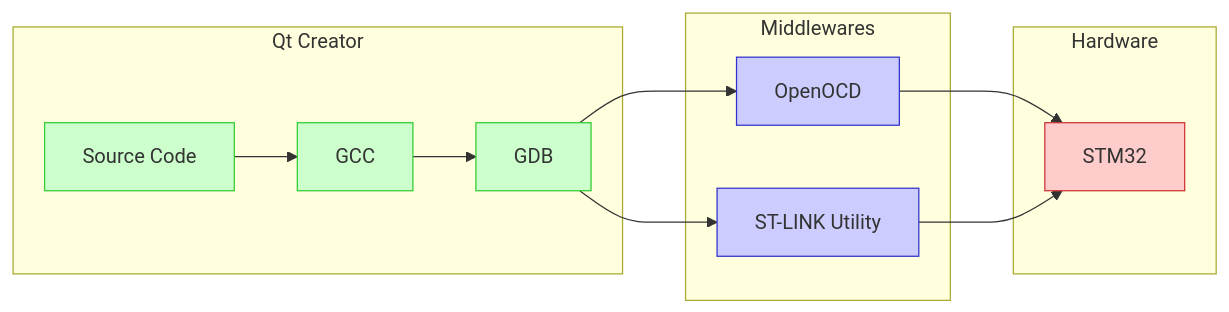
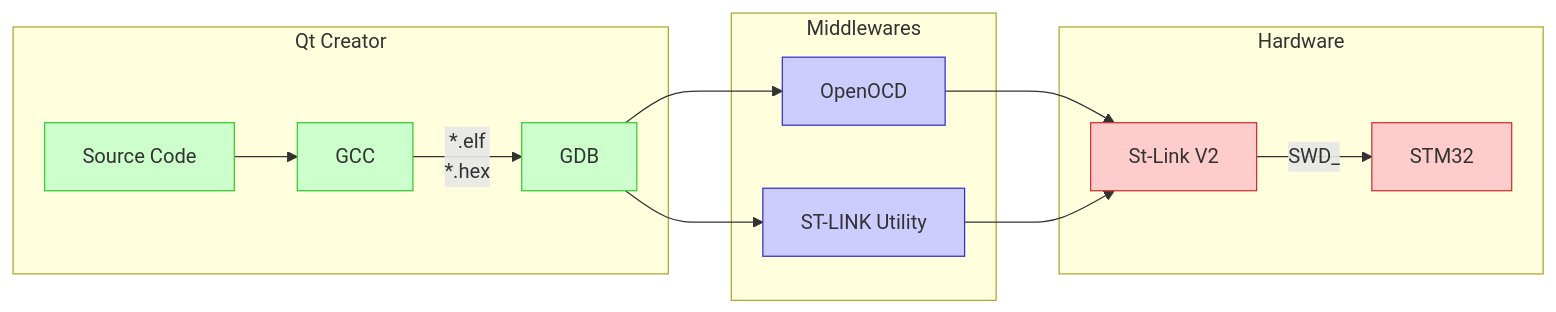
Before and after one commit to argrento/argrento.github.io: the diagram in _posts/2019-10-09-stm32-with-qt.md, drawn with Mermaid. The commit also changed other lines of this file and 7 other files, not shown here.

````diff
--- a/_posts/2019-10-09-stm32-with-qt.md
+++ b/_posts/2019-10-09-stm32-with-qt.md
@@ -27,34 +27,37 @@
 ```mermaid
 graph LR;
   source[Source Code]
   gcc[GCC]
   gdb[GDB]
   openocd[OpenOCD]
   stm32[STM32]
+  flasher[St-Link V2]
   stlink[ST-LINK Utility]
 
   subgraph Qt Creator
     source --> gcc
-    gcc --> gdb
+    gcc -- *.elf<br/>*.hex --> gdb
   end
 
   subgraph Middlewares
     gdb --> openocd
     gdb --> stlink
   end
 
   subgraph Hardware
-    openocd --> stm32
-    stlink --> stm32
+    openocd --> flasher
+    stlink --> flasher
+    flasher -- SWD_--> stm32
   end
 
   style source fill:#ccffcc,stroke:#33cc33
   style gcc fill:#ccffcc,stroke:#33cc33
   style gdb fill:#ccffcc,stroke:#33cc33
 
   style openocd fill:#ccccff,stroke:#3333cc
   style stlink fill:#ccccff,stroke:#3333cc
 
+  style flasher fill:#ffcccc,stroke:#cc3333
   style stm32 fill:#ffcccc,stroke:#cc3333
 
 ```
````
